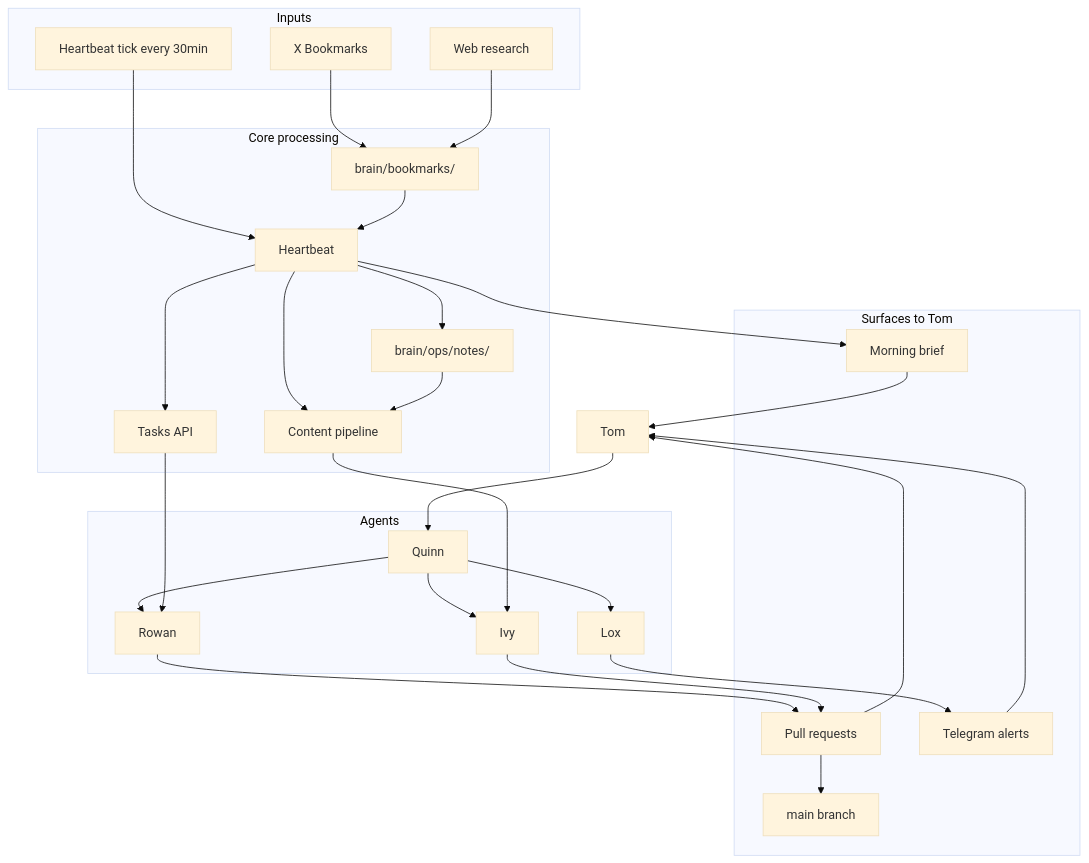
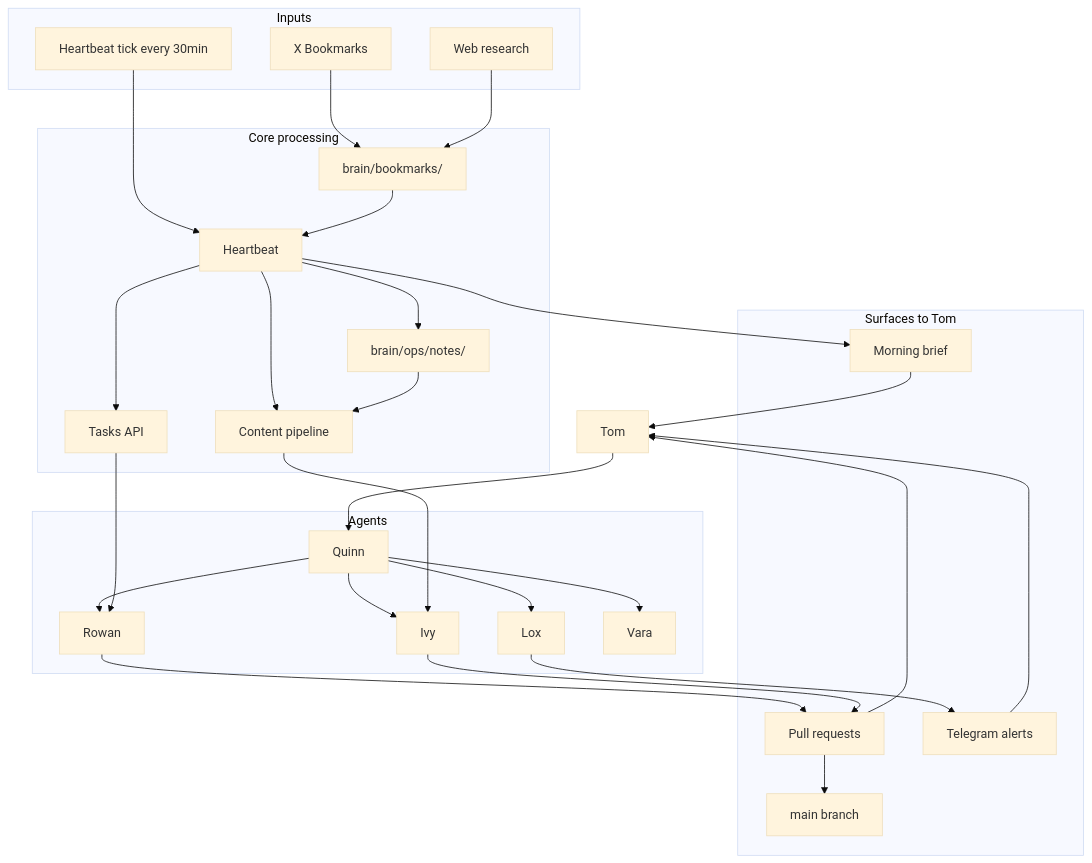
One commit to Stoffer-Industries/sindustries changed the first of 6 diagrams in docs/systems/agent-orchestration.md. Above: the diagram before and after it, drawn with Mermaid (base theme). The commit also changed other lines of this file and 20 other files, not shown here.

````diff
--- a/docs/systems/agent-orchestration.md
+++ b/docs/systems/agent-orchestration.md
@@ -13,57 +13,59 @@
 ```mermaid
 flowchart TB
   tom[Tom]
 
   subgraph inputs[Inputs]
     xb[X Bookmarks]
     web[Web research]
     tick[Heartbeat tick every 30min]
   end
 
   subgraph core[Core processing]
     bm[brain/bookmarks/]
     hb[Heartbeat]
     notes[brain/ops/notes/]
     tasks_api[Tasks API]
     content[Content pipeline]
   end
 
   subgraph agents[Agents]
     quinn[Quinn]
     rowan[Rowan]
     ivy[Ivy]
     lox[Lox]
+    vara[Vara]
   end
 
   subgraph surfaces[Surfaces to Tom]
     prs[Pull requests]
     brief[Morning brief]
     alerts[Telegram alerts]
     main[main branch]
   end
 
   xb --> bm
   web --> bm
   tick --> hb
   bm --> hb
   hb --> tasks_api
   hb --> content
   hb --> notes
   notes --> content
 
   tom --> quinn
   quinn --> rowan
   quinn --> ivy
   quinn --> lox
+  quinn --> vara
   tasks_api --> rowan
   content --> ivy
 
   rowan --> prs
   ivy --> prs
   prs --> main
   prs --> tom
   hb --> brief
   brief --> tom
   lox --> alerts
   alerts --> tom
 ```
````
